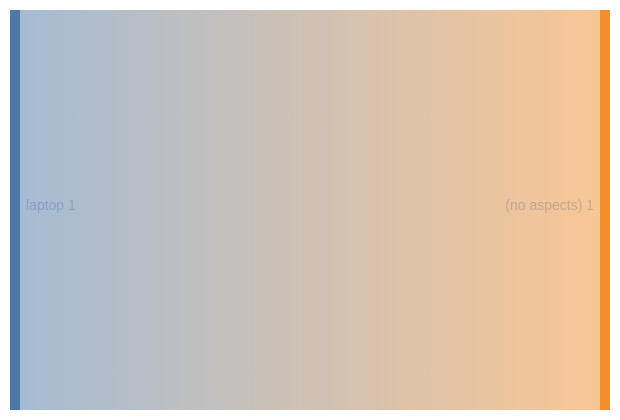
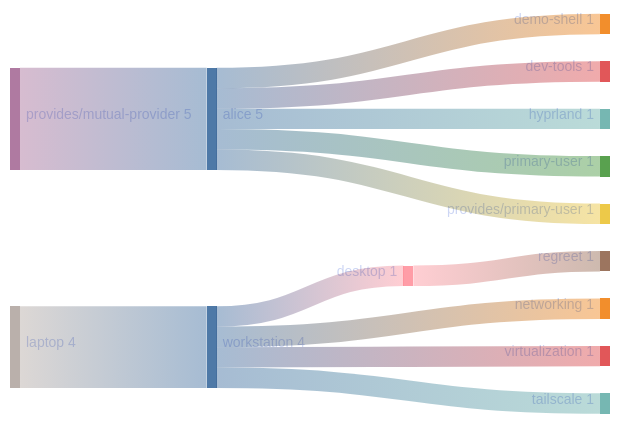
The diagram in templates/diag-fx-demo/diagrams/laptop-sankey.md (sini/den), drawn with Mermaid before and after one commit. The commit also changed 849 other files, not shown here.

Commit message:
chore: update fx diagrams

````diff
--- a/templates/diag-fx-demo/diagrams/laptop-sankey.md
+++ b/templates/diag-fx-demo/diagrams/laptop-sankey.md
@@ -5,6 +5,17 @@
 ```mermaid
 %%{init: {"theme":"base","themeVariables":{"activationBkgColor":"#313244","activationBorderColor":"#6c7086","actorBkg":"#313244","actorBorder":"#a6adc8","actorLineColor":"#a6adc8","actorTextColor":"#cdd6f4","background":"#1e1e2e","classText":"#cdd6f4","clusterBkg":"#313244","clusterBorder":"#6c7086","edgeLabelBackground":"#1e1e2e","labelBoxBkgColor":"#313244","labelBoxBorderColor":"#a6adc8","labelTextColor":"#cdd6f4","lineColor":"#a6adc8","loopTextColor":"#cdd6f4","mainBkg":"#313244","nodeBkg":"#313244","nodeBorder":"#a6adc8","nodeTextColor":"#cdd6f4","noteBkgColor":"#313244","noteBorderColor":"#6c7086","noteTextColor":"#cdd6f4","pie1":"#f38ba8","pie2":"#fab387","pie3":"#f9e2af","pie4":"#a6e3a1","pie5":"#94e2d5","pie6":"#89b4fa","pie7":"#cba6f7","pie8":"#f2cdcd","pieLegendTextColor":"#cdd6f4","pieOuterStrokeColor":"#6c7086","pieSectionTextColor":"#cdd6f4","pieStrokeColor":"#6c7086","pieTitleTextColor":"#cdd6f4","primaryBorderColor":"#a6adc8","primaryColor":"#313244","primaryTextColor":"#cdd6f4","secondBkg":"#313244","secondaryBorderColor":"#6c7086","secondaryColor":"#313244","secondaryTextColor":"#cdd6f4","sequenceNumberColor":"#1e1e2e","signalColor":"#a6adc8","signalTextColor":"#cdd6f4","tertiaryBorderColor":"#6c7086","tertiaryColor":"#313244","tertiaryTextColor":"#cdd6f4","textColor":"#cdd6f4","titleColor":"#cdd6f4"}}}%%
 sankey-beta
 
-"laptop","(no aspects)",1
+"alice","demo-shell",1
+"alice","dev-tools",1
+"alice","hyprland",1
+"alice","primary-user",1
+"alice","provides/primary-user",1
+"provides/mutual-provider","alice",5
+"desktop","regreet",1
+"laptop","workstation",4
+"workstation","desktop",1
+"workstation","networking",1
+"workstation","virtualization",1
+"workstation","tailscale",1
 ```
````
